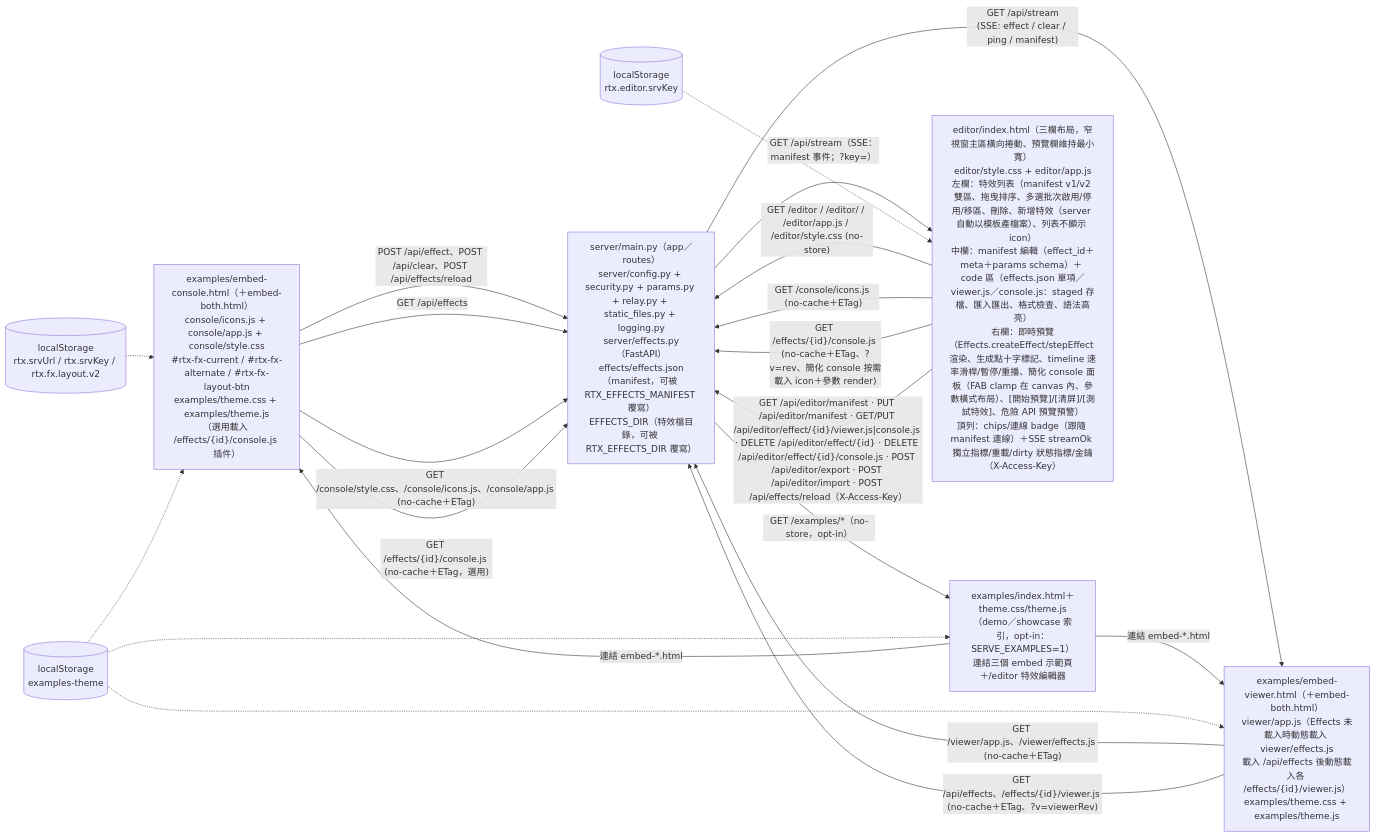
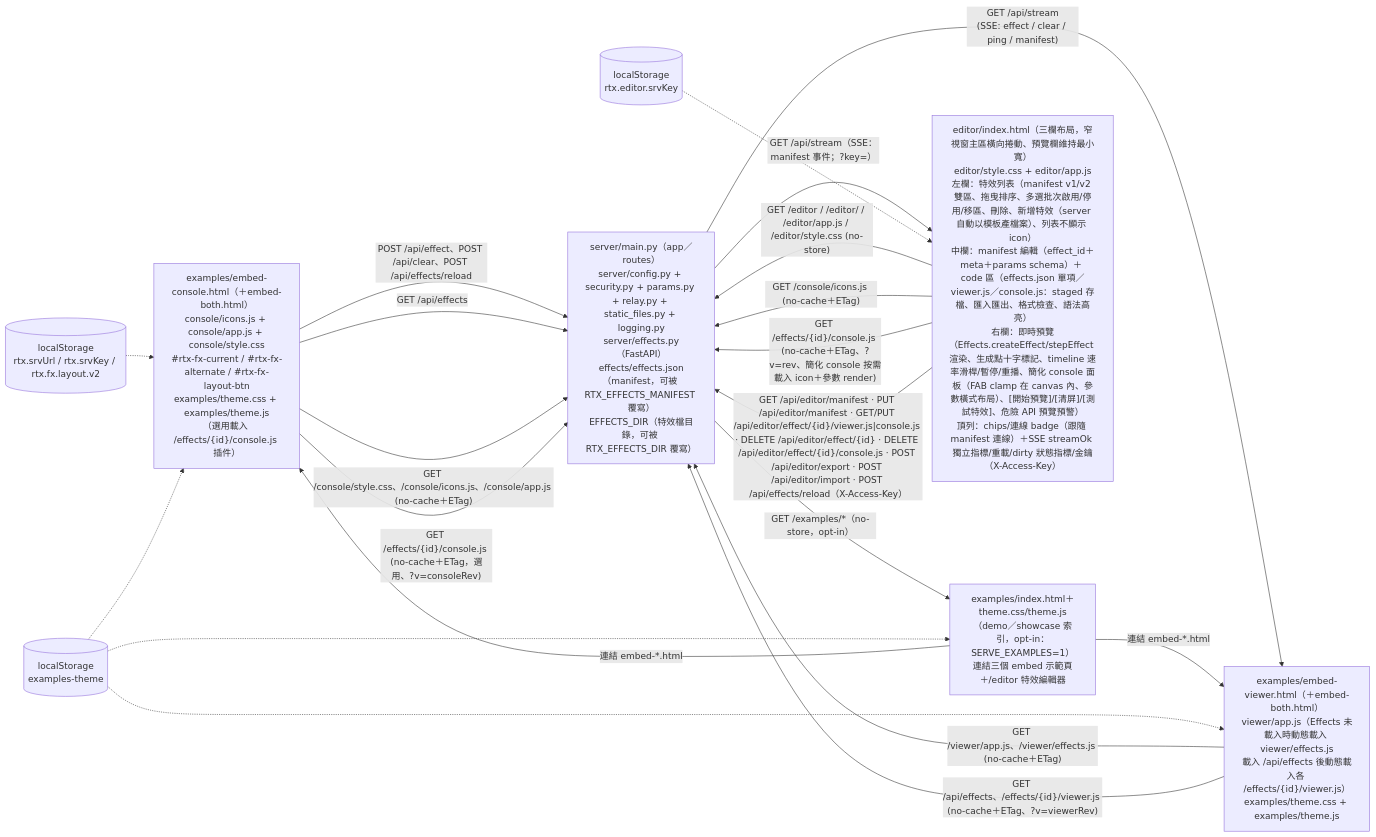
The first of 7 diagrams in docs/agents/CALL_GRAPH.md (zivngit/Real-time-Interaction-html), drawn with Mermaid before and after one commit. The commit also changed other lines of this file and 6 other files, not shown here.

Commit message:
feat(console): 插件 per-effect consoleRev cache-busting（S4 剩餘）

````diff
--- a/docs/agents/CALL_GRAPH.md
+++ b/docs/agents/CALL_GRAPH.md
@@ -7,31 +7,31 @@
 ```mermaid
 flowchart LR
     C["examples/embed-console.html（＋embed-both.html）<br/>console/icons.js + console/app.js + console/style.css<br/>#rtx-fx-current / #rtx-fx-alternate / #rtx-fx-layout-btn<br/>examples/theme.css + examples/theme.js<br/>（選用載入 /effects/{id}/console.js 插件）"]
     S["server/main.py（app／routes）<br/>server/config.py + security.py + params.py + relay.py + static_files.py + logging.py<br/>server/effects.py（FastAPI）<br/>effects/effects.json（manifest，可被 RTX_EFFECTS_MANIFEST 覆寫）<br/>EFFECTS_DIR（特效檔目錄，可被 RTX_EFFECTS_DIR 覆寫）"]
     V["examples/embed-viewer.html（＋embed-both.html）<br/>viewer/app.js（Effects 未載入時動態載入 viewer/effects.js<br/>載入 /api/effects 後動態載入各 /effects/{id}/viewer.js）<br/>examples/theme.css + examples/theme.js"]
     E["examples/index.html＋theme.css/theme.js<br/>（demo／showcase 索引，opt-in：SERVE_EXAMPLES=1）<br/>連結三個 embed 示範頁＋/editor 特效編輯器"]
     EDP["editor/index.html（三欄布局，窄視窗主區橫向捲動、預覽欄維持最小寬）<br/>editor/style.css + editor/app.js<br/>左欄：特效列表（manifest v1/v2 雙區、拖曳排序、多選批次啟用/停用/移區、刪除、新增特效（server 自動以模板產檔案）、列表不顯示 icon）<br/>中欄：manifest 編輯（effect_id＋meta＋params schema）＋ code 區（effects.json 單項／viewer.js／console.js：staged 存檔、匯入匯出、格式檢查、語法高亮）<br/>右欄：即時預覽（Effects.createEffect/stepEffect 渲染、生成點十字標記、timeline 速率滑桿/暫停/重播、簡化 console 面板（FAB clamp 在 canvas 內、參數橫式布局）、[開始預覽]/[清屏]/[測試特效]、危險 API 預覽預警）<br/>頂列：chips/連線 badge（跟隨 manifest 連線）＋SSE streamOk 獨立指標/重載/dirty 狀態指標/金鑰（X-Access-Key）"]
     LS[("localStorage<br/>rtx.srvUrl / rtx.srvKey / rtx.fx.layout.v2")]
     ELS[("localStorage<br/>rtx.editor.srvKey")]
     ET[("localStorage<br/>examples-theme")]
     C -->|"POST /api/effect、POST /api/clear、POST /api/effects/reload"| S
     C -->|"GET /api/effects"| S
     C -->|"GET /console/style.css、/console/icons.js、/console/app.js (no-cache＋ETag)"| S
-    C -->|"GET /effects/{id}/console.js (no-cache＋ETag，選用)"| S
+    C -->|"GET /effects/{id}/console.js (no-cache＋ETag，選用、?v=consoleRev)"| S
     S -->|"GET /api/stream<br/>(SSE: effect / clear / ping / manifest)"| V
     V -->|"GET /viewer/app.js、/viewer/effects.js (no-cache＋ETag)"| S
     V -->|"GET /api/effects、/effects/{id}/viewer.js (no-cache＋ETag、?v=viewerRev)"| S
     S -->|"GET /examples/*（no-store，opt-in）"| E
     E -->|"連結 embed-*.html"| C
     E -->|"連結 embed-*.html"| V
     LS -.-> C
     ET -.-> C
     ET -.-> V
     ET -.-> E
     EDP -->|"GET /editor / /editor/ / /editor/app.js / /editor/style.css (no-store)"| S
     EDP -->|"GET /console/icons.js (no-cache＋ETag)"| S
     EDP -->|"GET /effects/{id}/console.js (no-cache＋ETag、?v=rev、簡化 console 按需載入 icon＋參數 render)"| S
     EDP -->|"GET /api/editor/manifest · PUT /api/editor/manifest · GET/PUT /api/editor/effect/{id}/viewer.js|console.js · DELETE /api/editor/effect/{id} · DELETE /api/editor/effect/{id}/console.js · POST /api/editor/export · POST /api/editor/import · POST /api/effects/reload（X-Access-Key）"| S
     S -->|"GET /api/stream（SSE：manifest 事件；?key=）"| EDP
     ELS -.-> EDP
 ```
````
